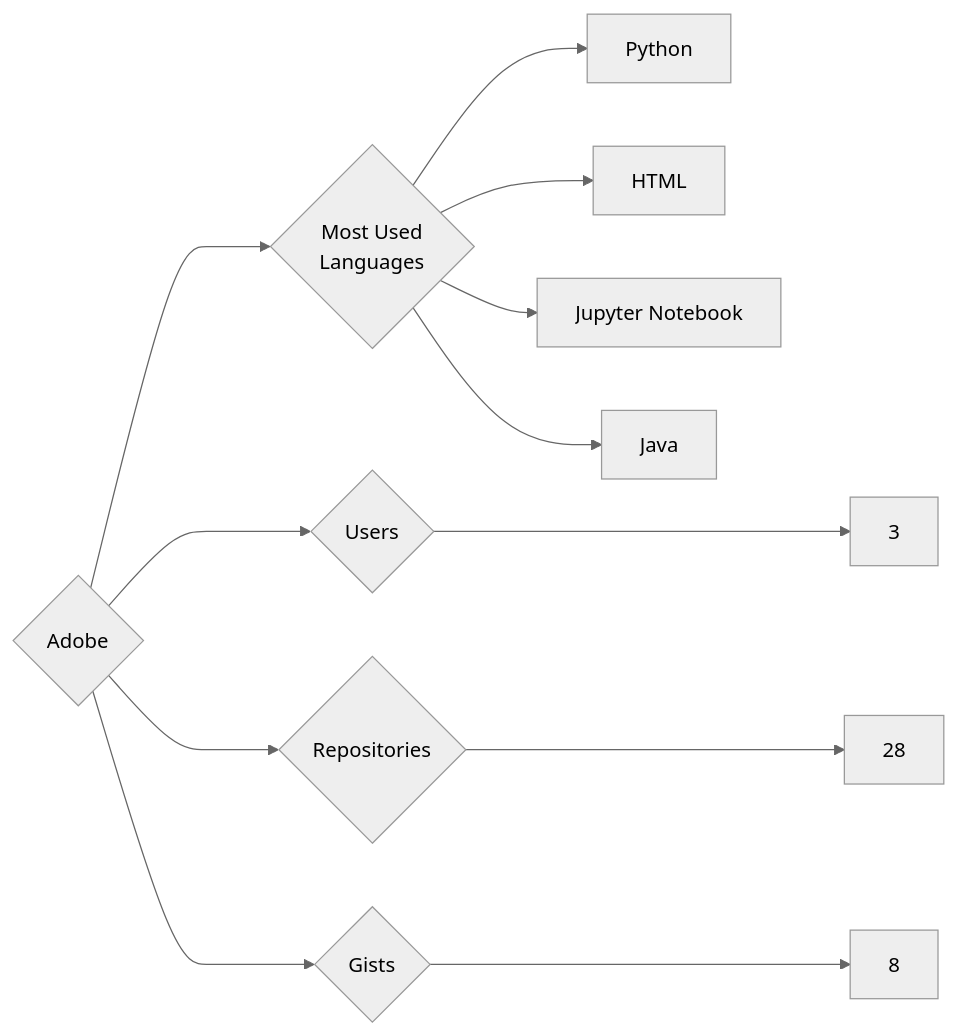
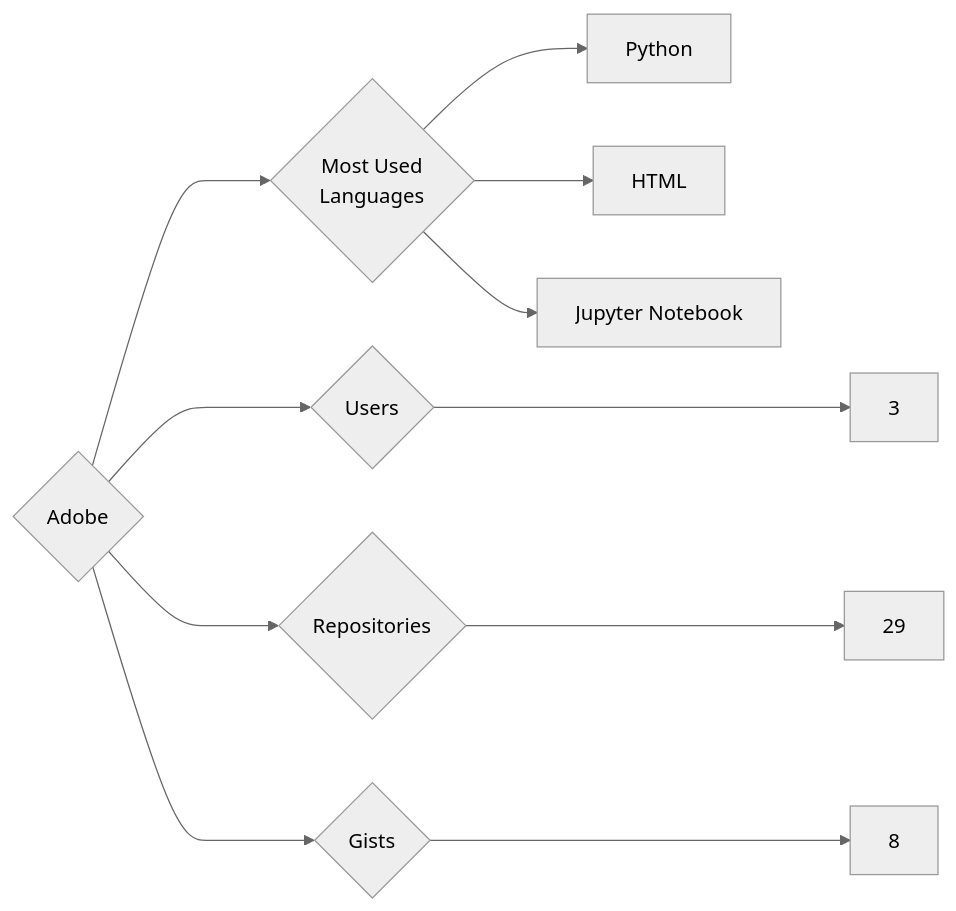
The diagram in targets/Adobe/README.md (trickest/insiders), drawn with Mermaid (neutral theme) before and after one commit. The commit also changed 776 other files, not shown here.

````diff
--- a/targets/Adobe/README.md
+++ b/targets/Adobe/README.md
@@ -3,12 +3,11 @@
 ```mermaid
 graph LR
 COMPANY_NAME{Adobe}
 COMPANY_NAME ---> U{Users} ---> UN[3]
-COMPANY_NAME ---> R{Repositories} ---> RN[28]
+COMPANY_NAME ---> R{Repositories} ---> RN[29]
 COMPANY_NAME ---> G{Gists} ---> GN[8]
 COMPANY_NAME ---> ML{Most Used<br>Languages}
 ML --> Python[Python]
 ML --> HTML[HTML]
 ML --> Jupyter_Notebook[Jupyter Notebook]
-ML --> Java[Java]
 ```
````
